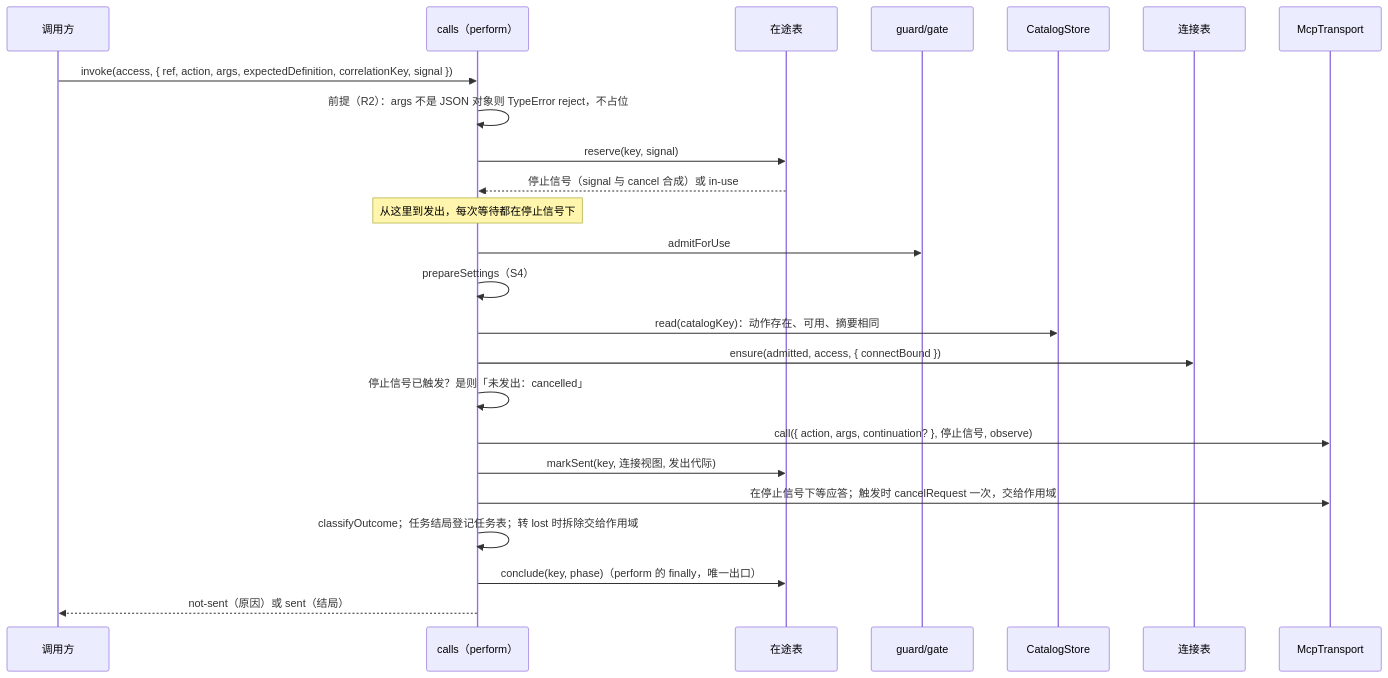
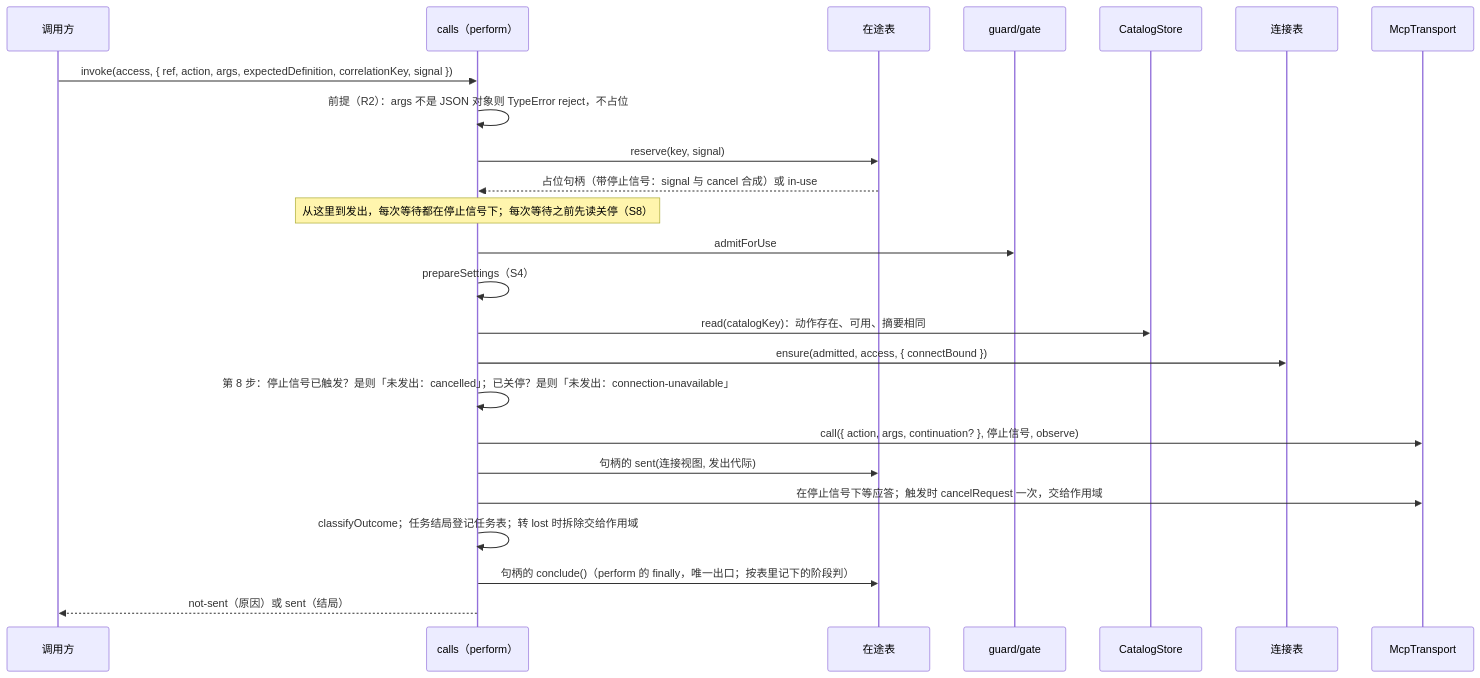
The third of 3 diagrams in packages/mcp/mcp/docs/flows.md (nemori-ai/omne-harness-lite), drawn with Mermaid before and after one commit. The commit also changed 7 other files, not shown here.

````diff
--- a/packages/mcp/mcp/docs/flows.md
+++ b/packages/mcp/mcp/docs/flows.md
@@ -66,26 +66,26 @@
 ```mermaid
 sequenceDiagram
     participant C as 调用方
     participant I as calls（perform）
     participant F as 在途表
     participant G as guard/gate
     participant S as CatalogStore
     participant T as 连接表
     participant X as McpTransport
     C->>I: invoke(access, { ref, action, args, expectedDefinition, correlationKey, signal })
     I->>I: 前提（R2）：args 不是 JSON 对象则 TypeError reject，不占位
     I->>F: reserve(key, signal)
-    F-->>I: 停止信号（signal 与 cancel 合成）或 in-use
-    note over I: 从这里到发出，每次等待都在停止信号下
+    F-->>I: 占位句柄（带停止信号：signal 与 cancel 合成）或 in-use
+    note over I: 从这里到发出，每次等待都在停止信号下；每次等待之前先读关停（S8）
     I->>G: admitForUse
     I->>I: prepareSettings（S4）
     I->>S: read(catalogKey)：动作存在、可用、摘要相同
     I->>T: ensure(admitted, access, { connectBound })
-    I->>I: 停止信号已触发？是则「未发出：cancelled」
+    I->>I: 第 8 步：停止信号已触发？是则「未发出：cancelled」；已关停？是则「未发出：connection-unavailable」
     I->>X: call({ action, args, continuation? }, 停止信号, observe)
-    I->>F: markSent(key, 连接视图, 发出代际)
+    I->>F: 句柄的 sent(连接视图, 发出代际)
     I->>X: 在停止信号下等应答；触发时 cancelRequest 一次，交给作用域
     I->>I: classifyOutcome；任务结局登记任务表；转 lost 时拆除交给作用域
-    I->>F: conclude(key, phase)（perform 的 finally，唯一出口）
+    I->>F: 句柄的 conclude()（perform 的 finally，唯一出口；按表里记下的阶段判）
     I-->>C: not-sent（原因）或 sent（结局）
 ```
````
